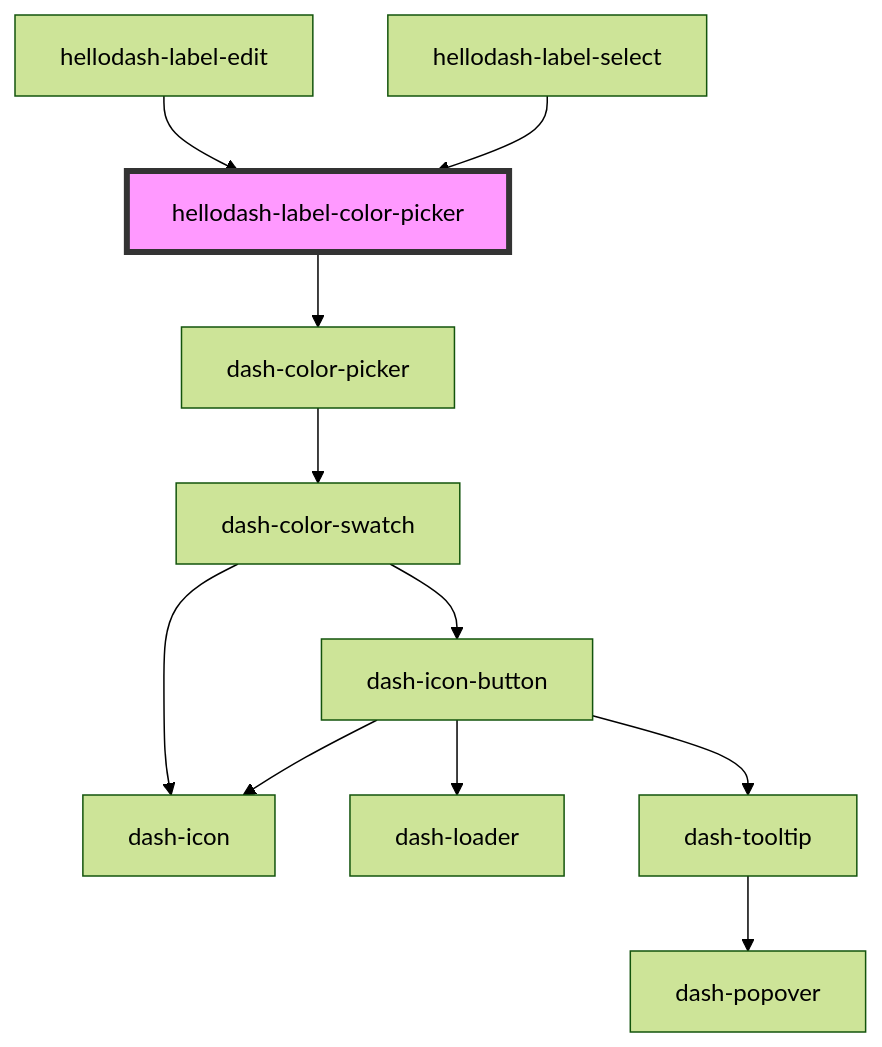
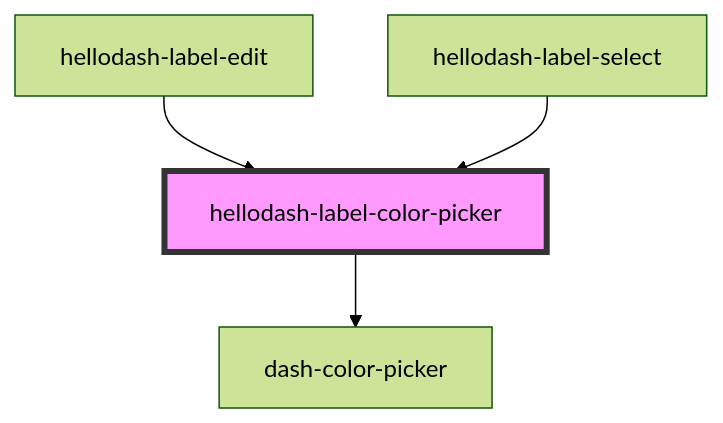
Before and after one commit to jmanke/dash: the diagram in packages/hellodash-components/src/components/hellodash-label-color-picker/readme.md, drawn with Mermaid (forest theme). The commit also changed 10 other files, not shown here.

````diff
--- a/packages/hellodash-components/src/components/hellodash-label-color-picker/readme.md
+++ b/packages/hellodash-components/src/components/hellodash-label-color-picker/readme.md
@@ -34,14 +34,7 @@
 ```mermaid
 graph TD;
   hellodash-label-color-picker --> dash-color-picker
-  dash-color-picker --> dash-color-swatch
-  dash-color-swatch --> dash-icon-button
-  dash-color-swatch --> dash-icon
-  dash-icon-button --> dash-icon
-  dash-icon-button --> dash-loader
-  dash-icon-button --> dash-tooltip
-  dash-tooltip --> dash-popover
   hellodash-label-edit --> hellodash-label-color-picker
   hellodash-label-select --> hellodash-label-color-picker
   style hellodash-label-color-picker fill:#f9f,stroke:#333,stroke-width:4px
 ```
````
